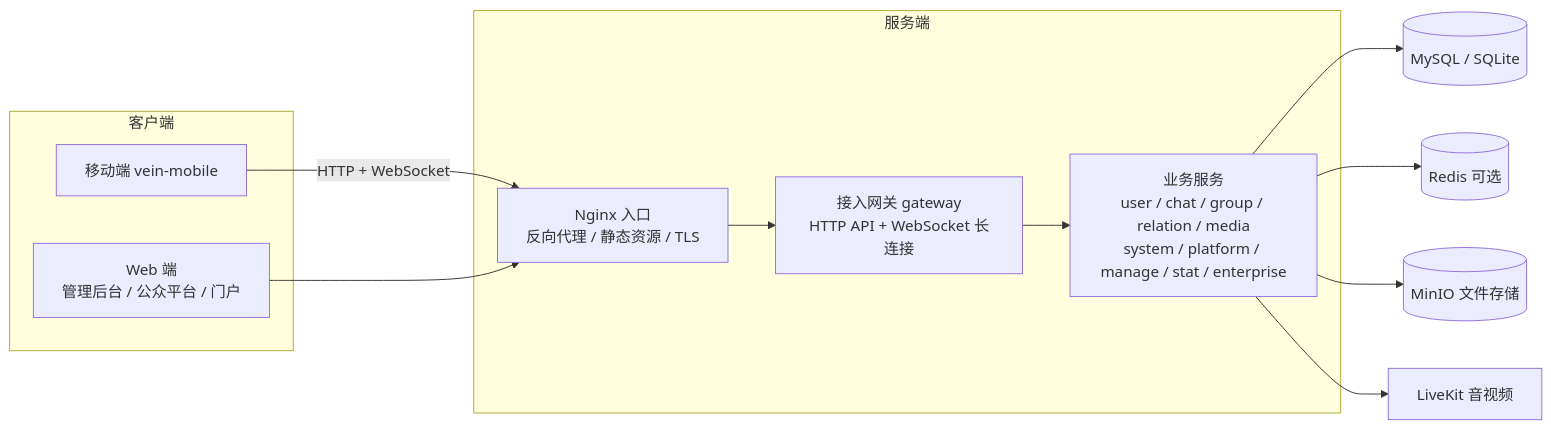
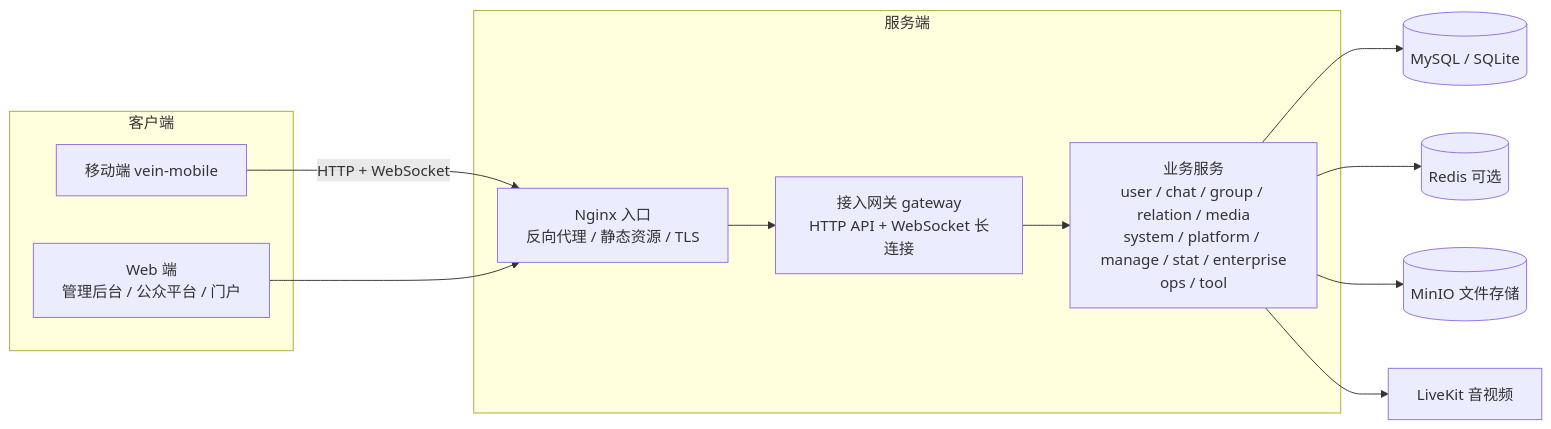
The diagram in docs/04-开发与集成/01-技术架构.md (team-ide/VeinTalk), drawn with Mermaid before and after one commit. The commit also changed other lines of this file and 9 other files, not shown here.

Commit message:
文档：补充数据备份/还原、运维工具（模拟测试/接口压测/日志搜索/日志分析/解压管理）、资源监控、服务日志标识等功能；新增运维工具使用说明；同步技术架构/端口/路线图（2026-10-30 四次盘点）

````diff
--- a/docs/04-开发与集成/01-技术架构.md
+++ b/docs/04-开发与集成/01-技术架构.md
@@ -7,20 +7,20 @@
 ```mermaid
 graph LR
     subgraph 客户端
         A1[移动端 vein-mobile]
         A2[Web 端<br/>管理后台 / 公众平台 / 门户]
     end
     subgraph 服务端
         N[Nginx 入口<br/>反向代理 / 静态资源 / TLS]
         G[接入网关 gateway<br/>HTTP API + WebSocket 长连接]
-        S[业务服务<br/>user / chat / group / relation / media<br/>system / platform / manage / stat / enterprise]
+        S[业务服务<br/>user / chat / group / relation / media<br/>system / platform / manage / stat / enterprise<br/>ops / tool]
     end
     A1 -->|HTTP + WebSocket| N
     A2 --> N
     N --> G
     G --> S
     S --> DB[(MySQL / SQLite)]
     S --> RD[(Redis 可选)]
     S --> MI[(MinIO 文件存储)]
     S --> LK[LiveKit 音视频]
 ```
````
